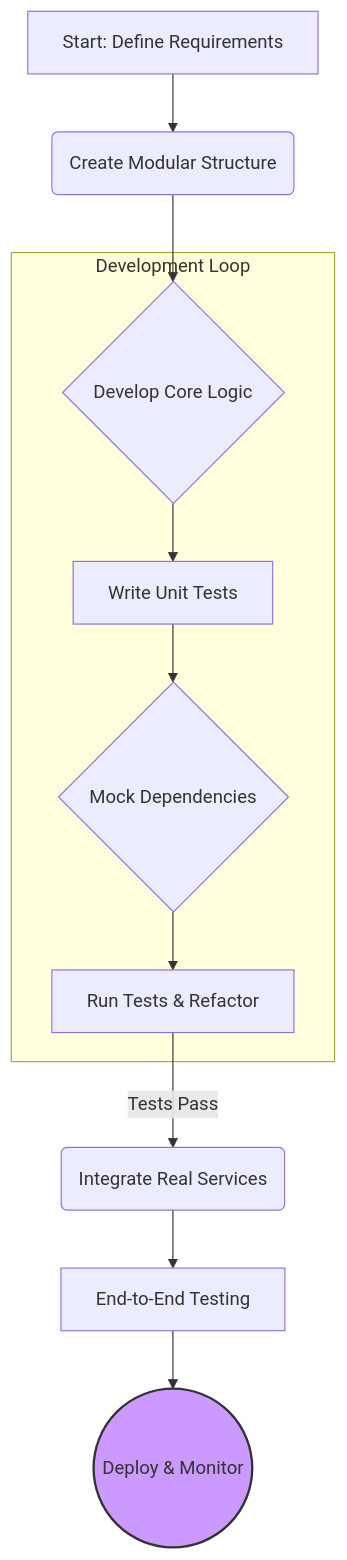
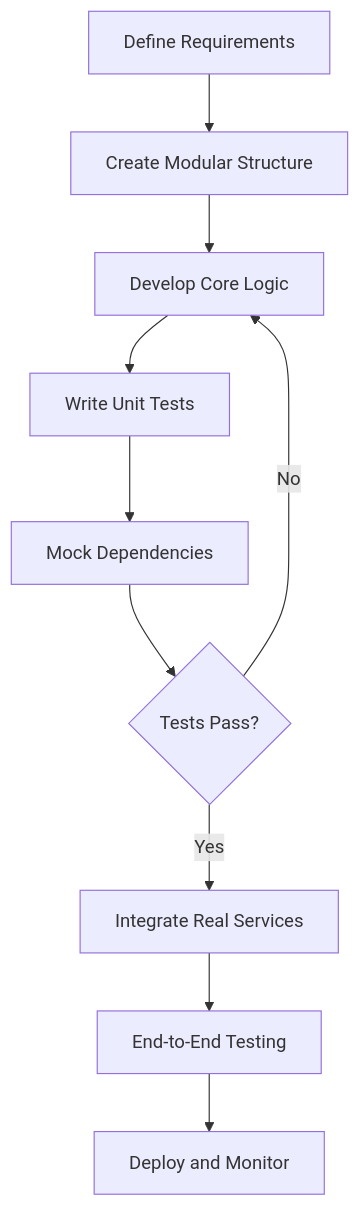
Before and after one commit to victorstack-ai/agent-blog: the first of 2 diagrams in blog/2026-02-21-agentic-ai-without-vibe-coding.md, drawn with Mermaid. The commit also changed other lines of this file and 7 other files, not shown here.

````diff
--- a/blog/2026-02-21-agentic-ai-without-vibe-coding.md
+++ b/blog/2026-02-21-agentic-ai-without-vibe-coding.md
@@ -33,20 +39,12 @@
 ```mermaid
-graph TD
-    A[Start: Define Requirements] --> B(Create Modular Structure);
-    B --> C{Develop Core Logic};
-    C --> D[Write Unit Tests];
-    D --> E{Mock Dependencies};
-    E --> F[Run Tests & Refactor];
-    F -- Tests Pass --> G(Integrate Real Services);
-    G --> H[End-to-End Testing];
-    H --> I((Deploy & Monitor));
-
-    subgraph "Development Loop"
-        C
-        D
-        E
-        F
-    end
-
-    style I fill:#c9f,stroke:#333,stroke-width:2px
+flowchart TD
+    A[Define Requirements] --> B[Create Modular Structure]
+    B --> C[Develop Core Logic]
+    C --> D[Write Unit Tests]
+    D --> E[Mock Dependencies]
+    E --> F{Tests Pass?}
+    F -->|Yes| G[Integrate Real Services]
+    F -->|No| C
+    G --> H[End-to-End Testing]
+    H --> I[Deploy and Monitor]
 ```
````
